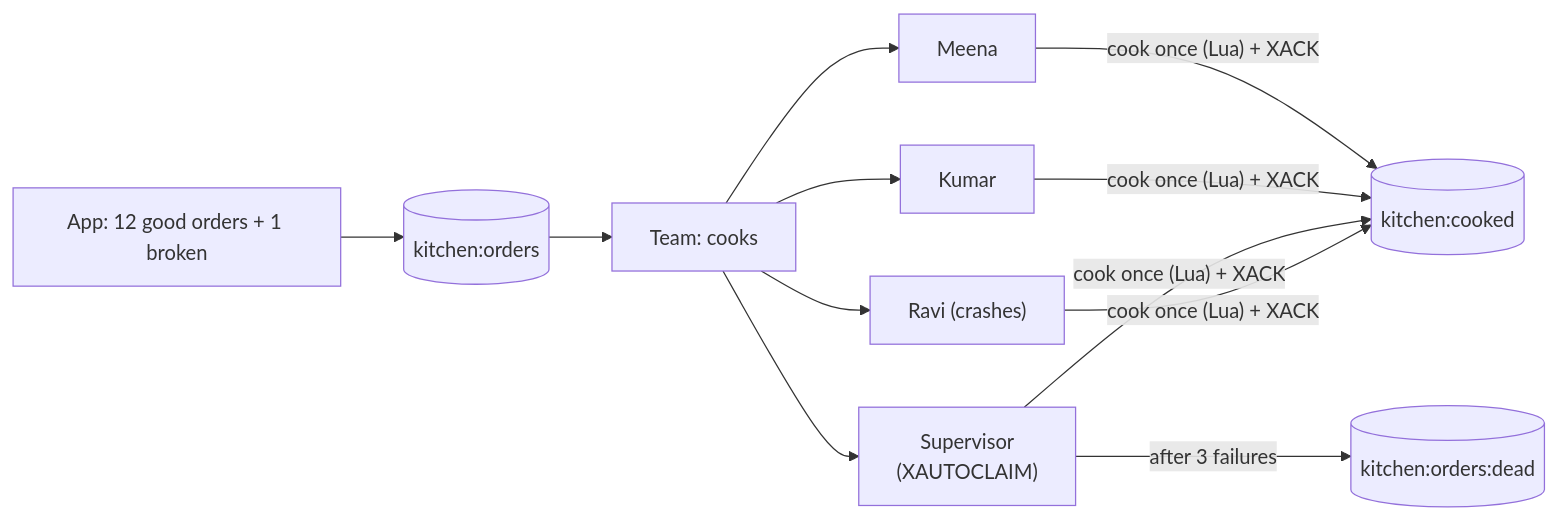
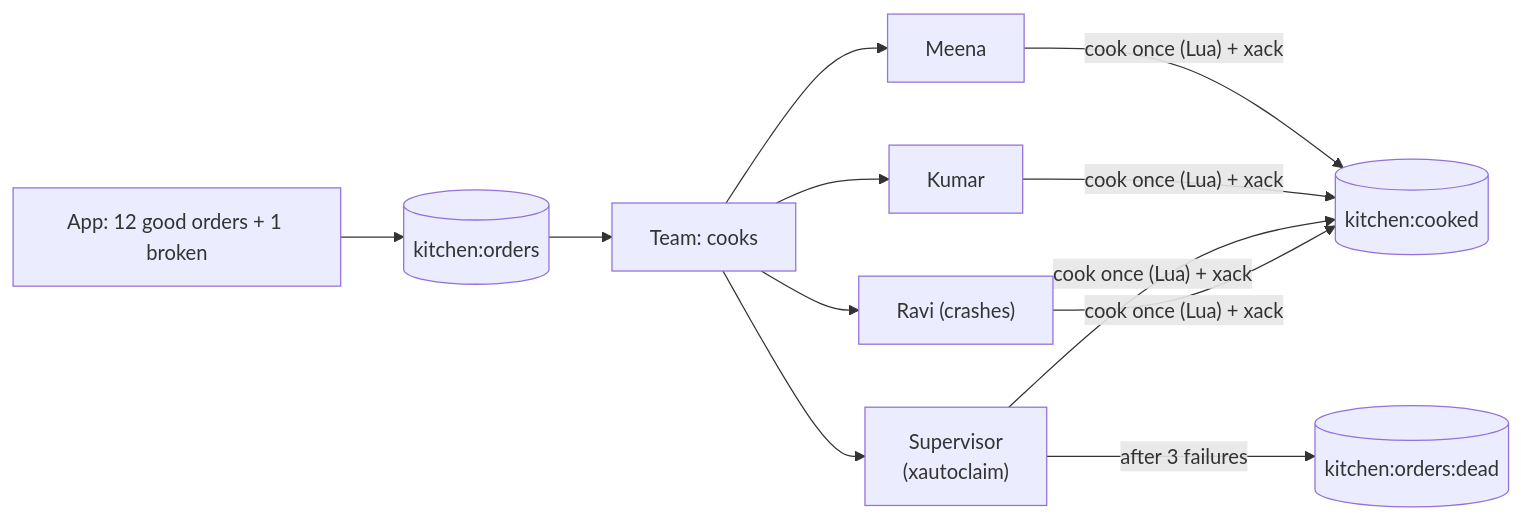
Diagram 24 of 31 in redis.md (selvakumarperumal/Regulatory_Circular_Impact_Agent), drawn with Mermaid before and after one commit. The commit also changed other lines of this file, not shown here.

````diff
--- a/redis.md
+++ b/redis.md
@@ -2169,11 +2873,11 @@
 ```mermaid
 flowchart LR
     APP["App: 12 good orders + 1 broken"] --> RAIL[("kitchen:orders")]
     RAIL --> TEAM["Team: cooks"]
     TEAM --> RAVI["Ravi (crashes)"]
     TEAM --> MEENA["Meena"]
     TEAM --> KUMAR["Kumar"]
-    TEAM --> SUP["Supervisor<br/>(XAUTOCLAIM)"]
+    TEAM --> SUP["Supervisor<br/>(xautoclaim)"]
     SUP -- "after 3 failures" --> DEADT[("kitchen:orders:dead")]
-    MEENA & KUMAR & SUP & RAVI -- "cook once (Lua) + XACK" --> MADE[("kitchen:cooked")]
+    MEENA & KUMAR & SUP & RAVI -- "cook once (Lua) + xack" --> MADE[("kitchen:cooked")]
 ```
````
